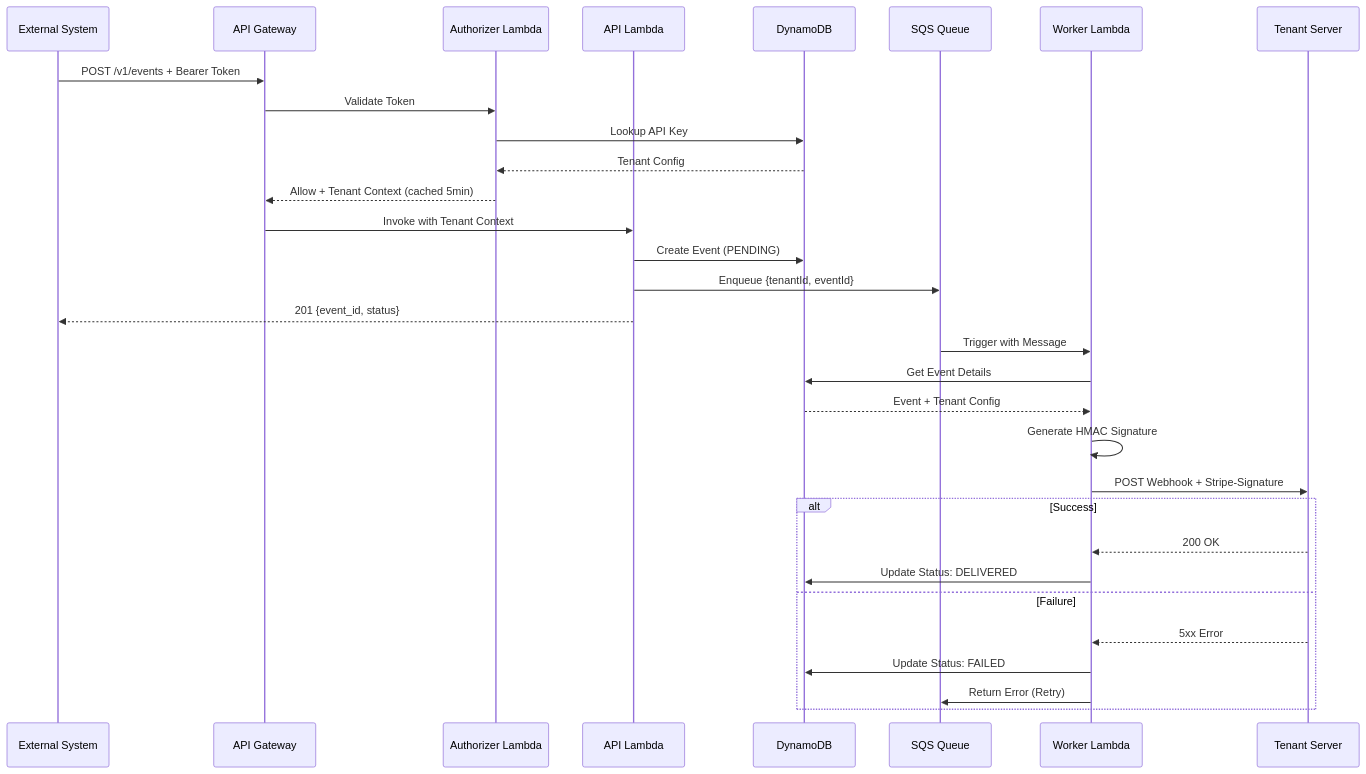
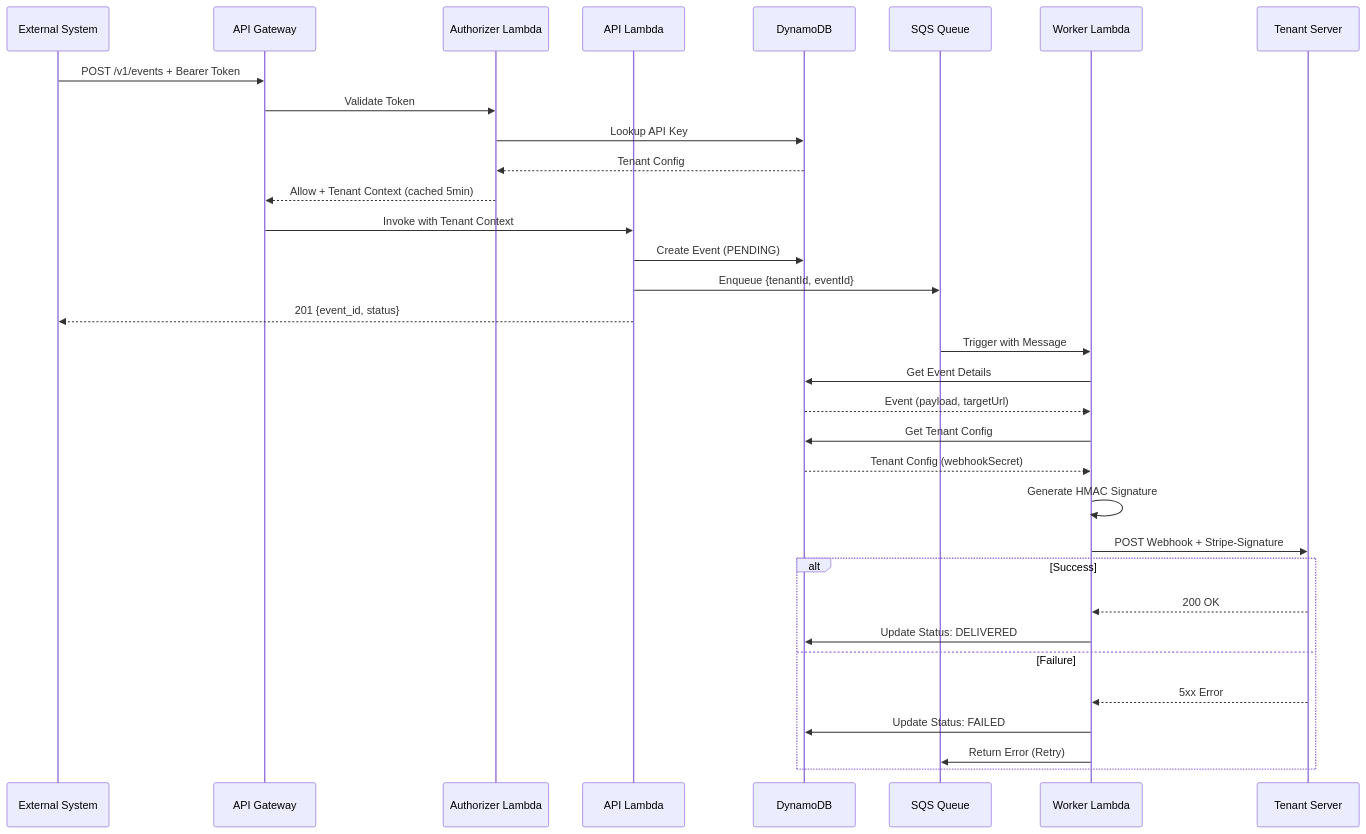
The third of 4 diagrams in README.md (lousydropout/webhook-delivery), drawn with Mermaid before and after one commit. The commit also changed other lines of this file, not shown here.

Commit message:
Update system diagrams to reflect webhook secret retrieval from TenantApiKeys
- Add connection showing Worker Lambda reads webhookSecret from DynamoDB TenantApiKeys
- Clarify Delivery Sequence diagram to show separate calls for event details and tenant config
- Ensure all mermaid diagram nodes with background colors use black font color

````diff
--- a/README.md
+++ b/README.md
@@ -69,36 +70,38 @@
 ```mermaid
 sequenceDiagram
     participant Ext as External System
     participant AGW as API Gateway
     participant Auth as Authorizer Lambda
     participant API as API Lambda
     participant DB as DynamoDB
     participant SQS as SQS Queue
     participant Worker as Worker Lambda
     participant Tenant as Tenant Server
 
     Ext->>AGW: POST /v1/events + Bearer Token
     AGW->>Auth: Validate Token
     Auth->>DB: Lookup API Key
     DB-->>Auth: Tenant Config
     Auth-->>AGW: Allow + Tenant Context (cached 5min)
     AGW->>API: Invoke with Tenant Context
     API->>DB: Create Event (PENDING)
     API->>SQS: Enqueue {tenantId, eventId}
     API-->>Ext: 201 {event_id, status}
 
     SQS->>Worker: Trigger with Message
     Worker->>DB: Get Event Details
-    DB-->>Worker: Event + Tenant Config
+    DB-->>Worker: Event (payload, targetUrl)
+    Worker->>DB: Get Tenant Config
+    DB-->>Worker: Tenant Config (webhookSecret)
     Worker->>Worker: Generate HMAC Signature
     Worker->>Tenant: POST Webhook + Stripe-Signature
 
     alt Success
         Tenant-->>Worker: 200 OK
         Worker->>DB: Update Status: DELIVERED
     else Failure
         Tenant-->>Worker: 5xx Error
         Worker->>DB: Update Status: FAILED
         Worker->>SQS: Return Error (Retry)
     end
 ```
````
